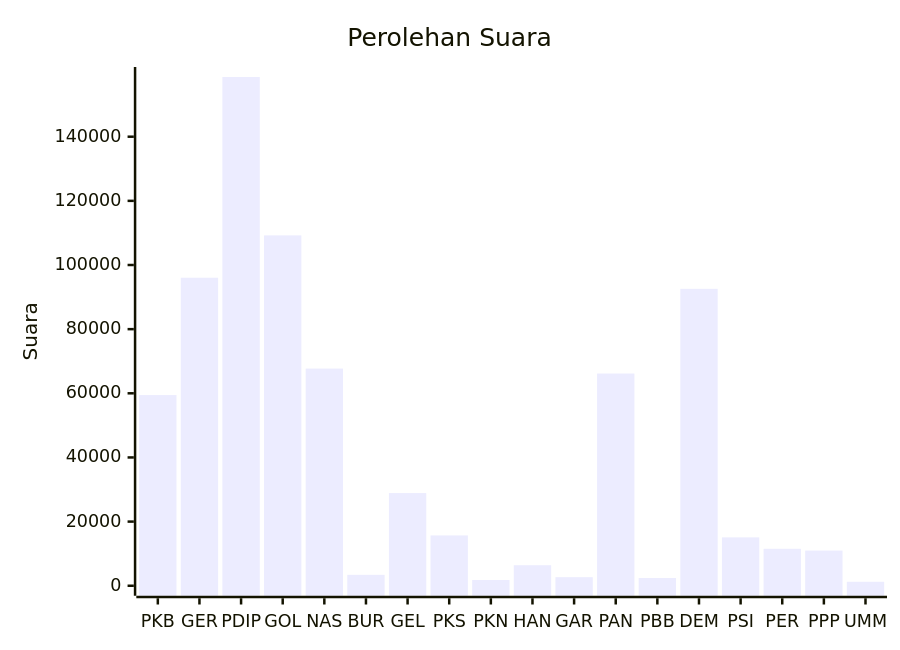
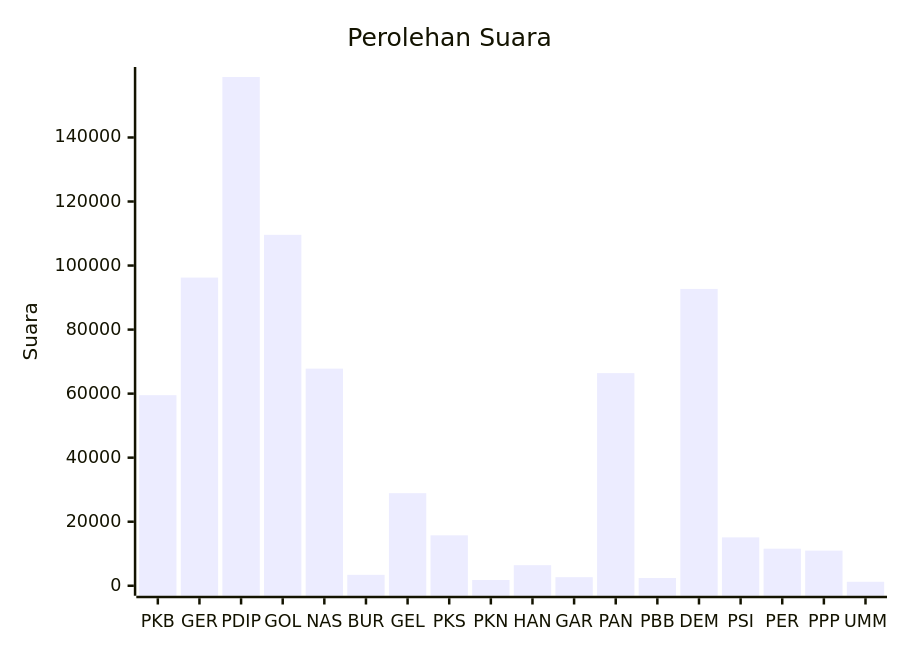
Before and after one commit to gigit-pemilu/pemilu-2024: the diagram in pileg-dpr/hitung-suara/sub/table-wilayah-62.md, drawn with Mermaid. The commit also changed other lines of this file and 24 other files, not shown here.

````diff
--- a/pileg-dpr/hitung-suara/sub/table-wilayah-62.md
+++ b/pileg-dpr/hitung-suara/sub/table-wilayah-62.md
@@ -7,7 +7,7 @@
 ```mermaid
 xychart-beta
     title "Perolehan Suara"
     x-axis [PKB, GER, PDIP, GOL, NAS, BUR, GEL, PKS, PKN, HAN, GAR, PAN, PBB, DEM, PSI, PER, PPP, UMM]
-    y-axis "Suara" 0 --> 158612
-    bar [59441, 96035, 158612, 109227, 67709, 3408, 28896, 15692, 1803, 6400, 2669, 66160, 2414, 92565, 15075, 11525, 10958, 1246]
+    y-axis "Suara" 0 --> 158886
+    bar [59509, 96248, 158886, 109591, 67809, 3413, 28905, 15745, 1803, 6422, 2675, 66401, 2420, 92702, 15103, 11573, 10975, 1247]
 ```
````
